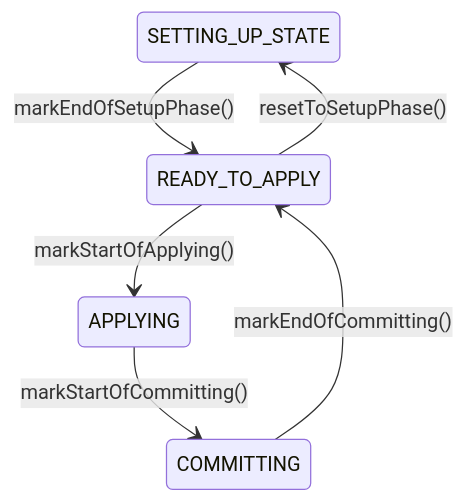
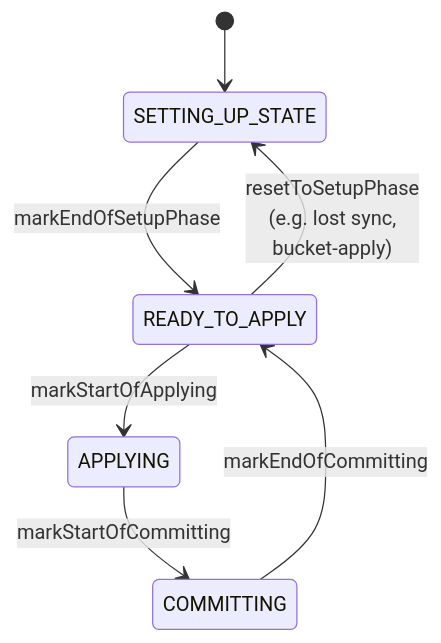
One commit to stellar-experimental/stellar-spec changed the second of 3 diagrams in LEDGER_SPEC.md. Above: the diagram before and after it, drawn with Mermaid. The commit also changed other lines of this file and 7 other files, not shown here.

````diff
--- a/LEDGER_SPEC.md
+++ b/LEDGER_SPEC.md
@@ -2002,8 +425,9 @@
 ```mermaid
 stateDiagram-v2
-    SETTING_UP_STATE --> READY_TO_APPLY: markEndOfSetupPhase()
-    READY_TO_APPLY --> APPLYING: markStartOfApplying()
-    APPLYING --> COMMITTING: markStartOfCommitting()
-    COMMITTING --> READY_TO_APPLY: markEndOfCommitting()
-    READY_TO_APPLY --> SETTING_UP_STATE: resetToSetupPhase()
+  [*] --> SETTING_UP_STATE
+  SETTING_UP_STATE --> READY_TO_APPLY: markEndOfSetupPhase
+  READY_TO_APPLY --> SETTING_UP_STATE: resetToSetupPhase<br/>(e.g. lost sync,<br/>bucket-apply)
+  READY_TO_APPLY --> APPLYING: markStartOfApplying
+  APPLYING --> COMMITTING: markStartOfCommitting
+  COMMITTING --> READY_TO_APPLY: markEndOfCommitting
 ```
````
